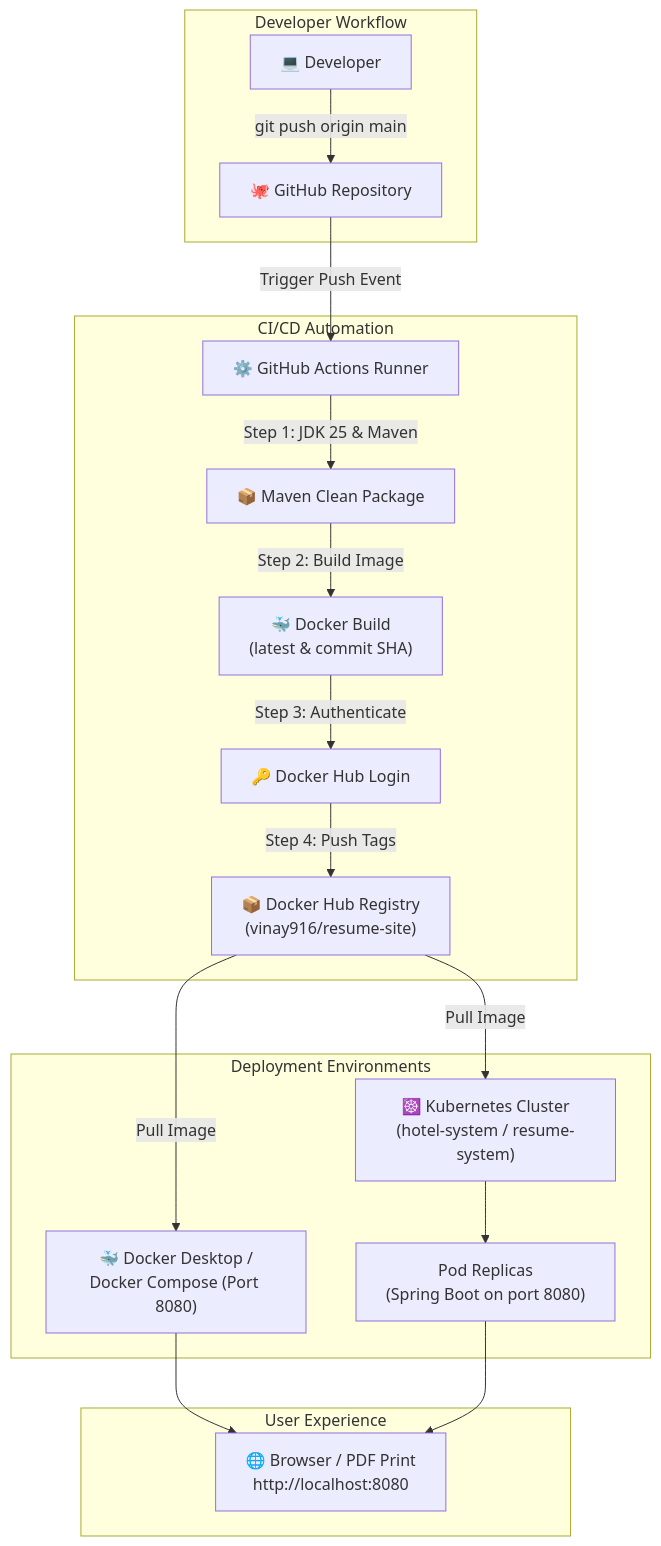
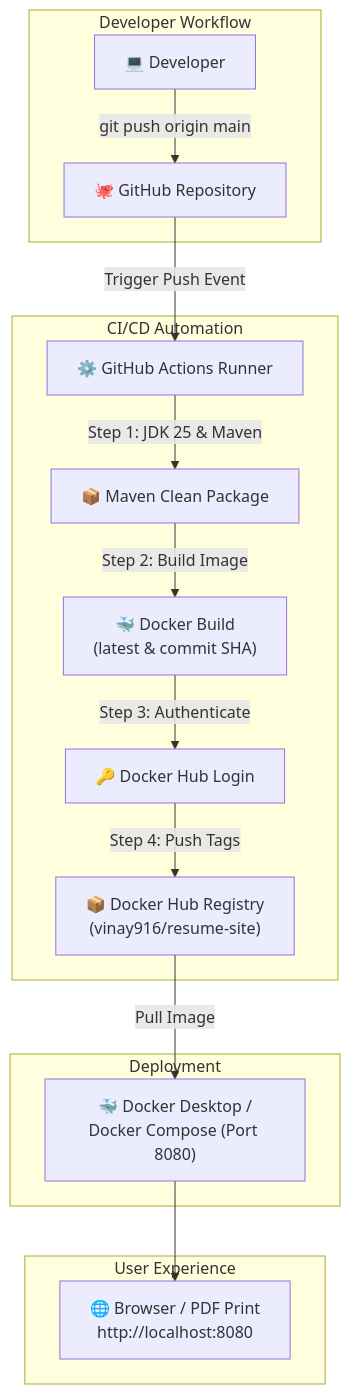
Before and after one commit to vinay0716yadav-ops/resume: the diagram in README.md, drawn with Mermaid. The commit also changed other lines of this file and 7 other files, not shown here.

````diff
--- a/README.md
+++ b/README.md
@@ -81,25 +71,22 @@
 ```mermaid
 flowchart TD
     subgraph Developer Workflow
         Dev[💻 Developer] -->|git push origin main| GH[🐙 GitHub Repository]
     end
 
     subgraph CI/CD Automation
         GH -->|Trigger Push Event| GHA[⚙️ GitHub Actions Runner]
         GHA -->|Step 1: JDK 25 & Maven| MvnBuild[📦 Maven Clean Package]
         MvnBuild -->|Step 2: Build Image| DockerBuild["🐳 Docker Build\n(latest & commit SHA)"]
         DockerBuild -->|Step 3: Authenticate| HubLogin[🔑 Docker Hub Login]
         HubLogin -->|Step 4: Push Tags| DockerHub["📦 Docker Hub Registry\n(vinay916/resume-site)"]
     end
 
-    subgraph Deployment Environments
+    subgraph Deployment
         DockerHub -->|Pull Image| LocalDocker["🐳 Docker Desktop /\nDocker Compose (Port 8080)"]
-        DockerHub -->|Pull Image| K8sCluster["☸️ Kubernetes Cluster\n(hotel-system / resume-system)"]
-        K8sCluster --> K8sPods["Pod Replicas\n(Spring Boot on port 8080)"]
     end
 
     subgraph User Experience
         LocalDocker --> Browser["🌐 Browser / PDF Print\nhttp://localhost:8080"]
-        K8sPods --> Browser
     end
 ```
````
